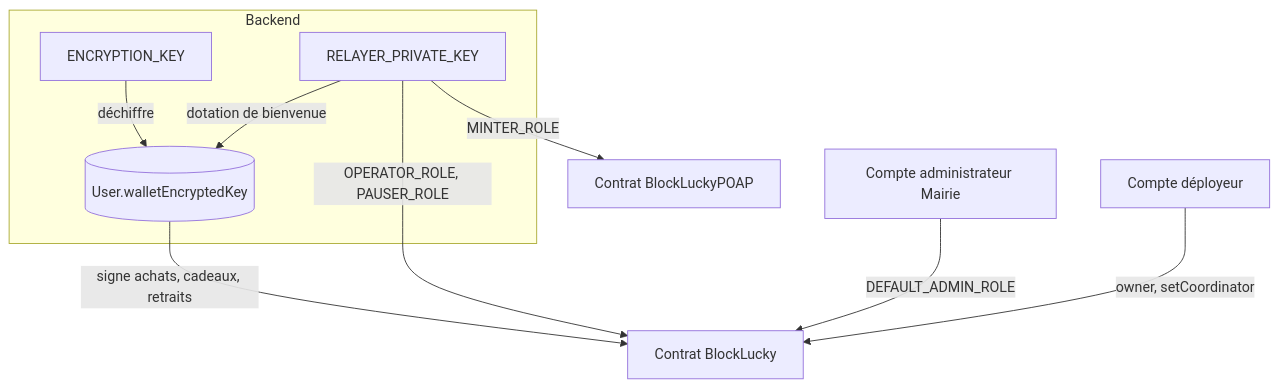
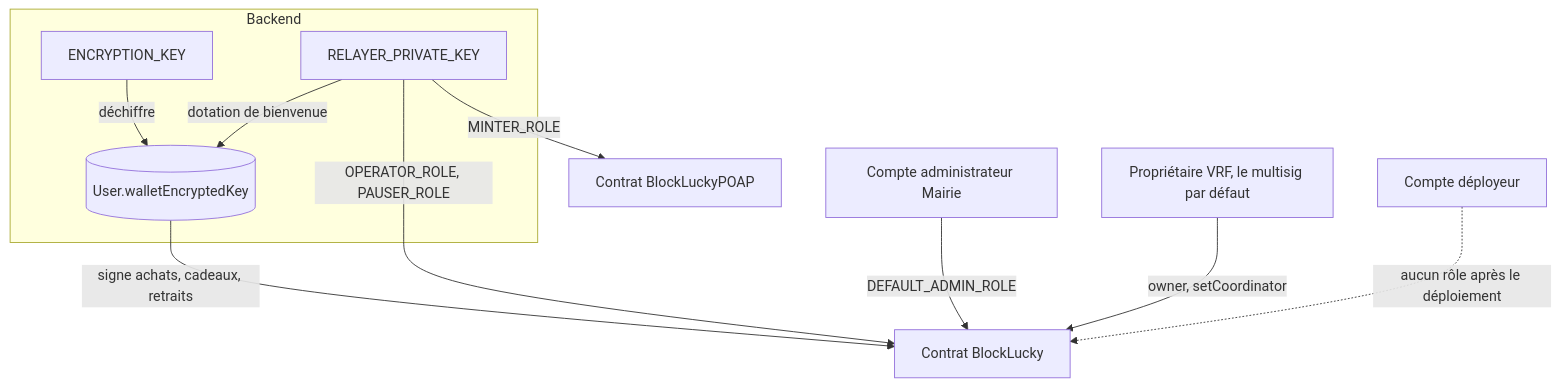
One commit to MarceauTDML/BlockLucky changed the diagram in documentation-officielle/content/securite/cles-portefeuilles.md. Above: the diagram before and after it, drawn with Mermaid. The commit also changed other lines of this file and 402 other files, not shown here.

````diff
--- a/documentation-officielle/content/securite/cles-portefeuilles.md
+++ b/documentation-officielle/content/securite/cles-portefeuilles.md
@@ -7,15 +7,16 @@
 ```mermaid
 flowchart TD
     subgraph Backend
         EK["ENCRYPTION_KEY"]
         RK["RELAYER_PRIVATE_KEY"]
         DB[("User.walletEncryptedKey")]
     end
     EK -->|"déchiffre"| DB
     DB -->|"signe achats, cadeaux, retraits"| SC["Contrat BlockLucky"]
     RK -->|"OPERATOR_ROLE, PAUSER_ROLE"| SC
     RK -->|"MINTER_ROLE"| POAP["Contrat BlockLuckyPOAP"]
     RK -->|"dotation de bienvenue"| DB
     ADM["Compte administrateur Mairie"] -->|"DEFAULT_ADMIN_ROLE"| SC
-    DEP["Compte déployeur"] -->|"owner, setCoordinator"| SC
+    VO["Propriétaire VRF, le multisig par défaut"] -->|"owner, setCoordinator"| SC
+    DEP["Compte déployeur"] -.->|"aucun rôle après le déploiement"| SC
 ```
````
